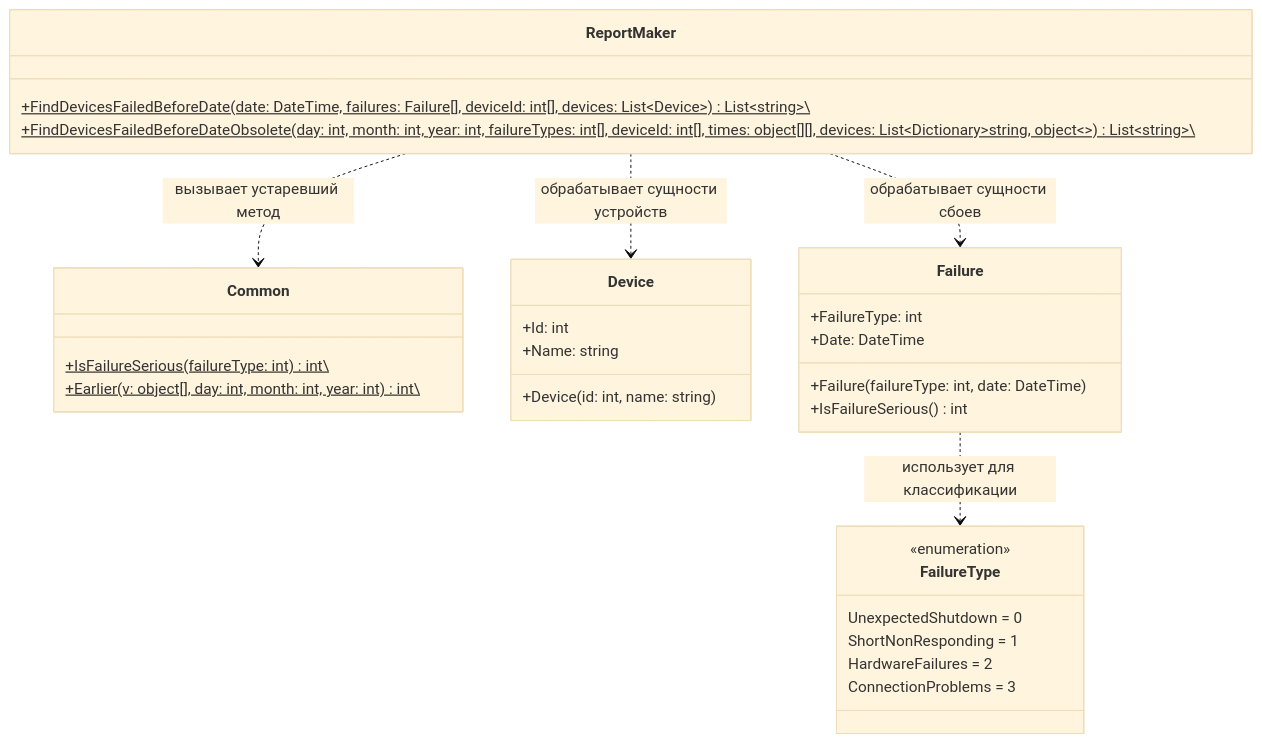
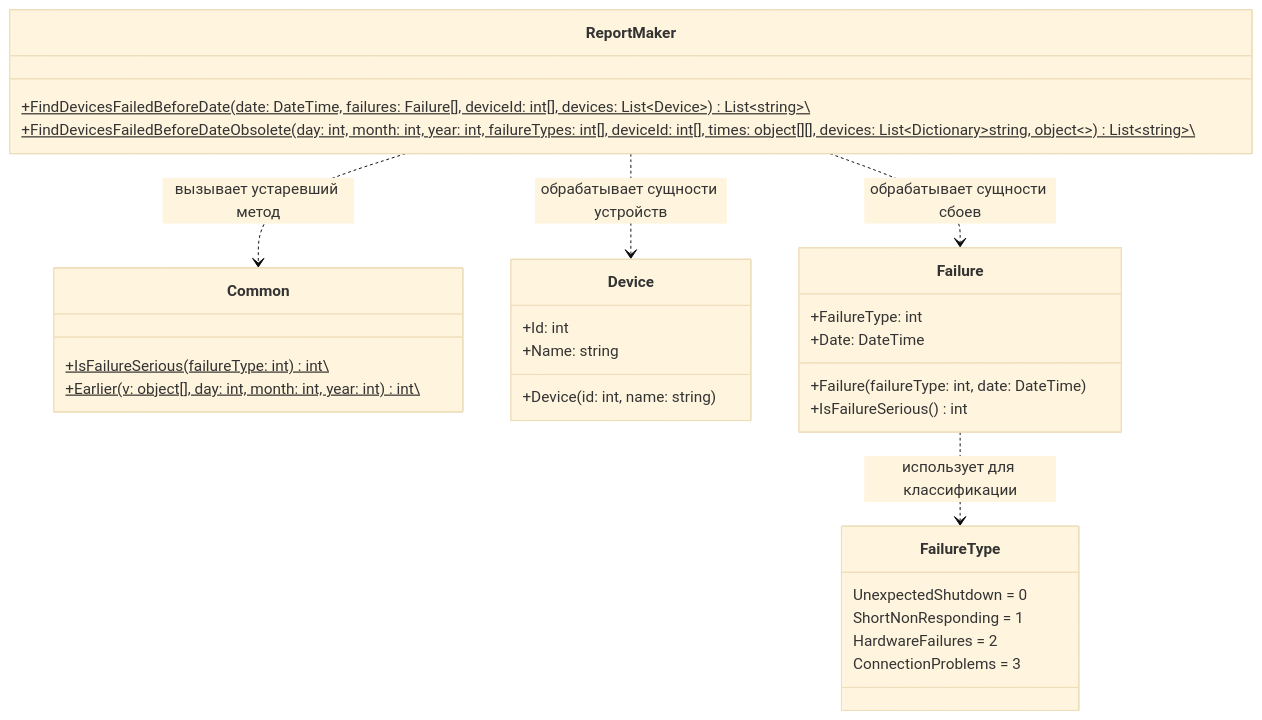
The diagram in sboi.md (Du2Vi-lab/Ulearn-Tasks), drawn with Mermaid (base theme) before and after one commit.

````diff
--- a/sboi.md
+++ b/sboi.md
@@ -8,38 +8,37 @@
 ```mermaid
 classDiagram
     class FailureType {
-        <<enumeration>>
         UnexpectedShutdown = 0
         ShortNonResponding = 1
         HardwareFailures = 2
         ConnectionProblems = 3
     }
 
     class Common {
         +IsFailureSerious(failureType: int) int\$
         +Earlier(v: object[], day: int, month: int, year: int) int\$
     }
 
     class Device {
         +Id: int
         +Name: string
         +Device(id: int, name: string)
     }
 
     class Failure {
         +FailureType: int
         +Date: DateTime
         +Failure(failureType: int, date: DateTime)
         +IsFailureSerious() int
     }
 
     class ReportMaker {
         +FindDevicesFailedBeforeDate(date: DateTime, failures: Failure[], deviceId: int[], devices: List~Device~) List~string~\$
         +FindDevicesFailedBeforeDateObsolete(day: int, month: int, year: int, failureTypes: int[], deviceId: int[], times: object[][], devices: List~Dictionary~string, object~~) List~string~\$
     }
 
     ReportMaker ..> Common : вызывает устаревший метод
     ReportMaker ..> Device : обрабатывает сущности устройств
     ReportMaker ..> Failure : обрабатывает сущности сбоев
     Failure ..> FailureType : использует для классификации
 ```
````
